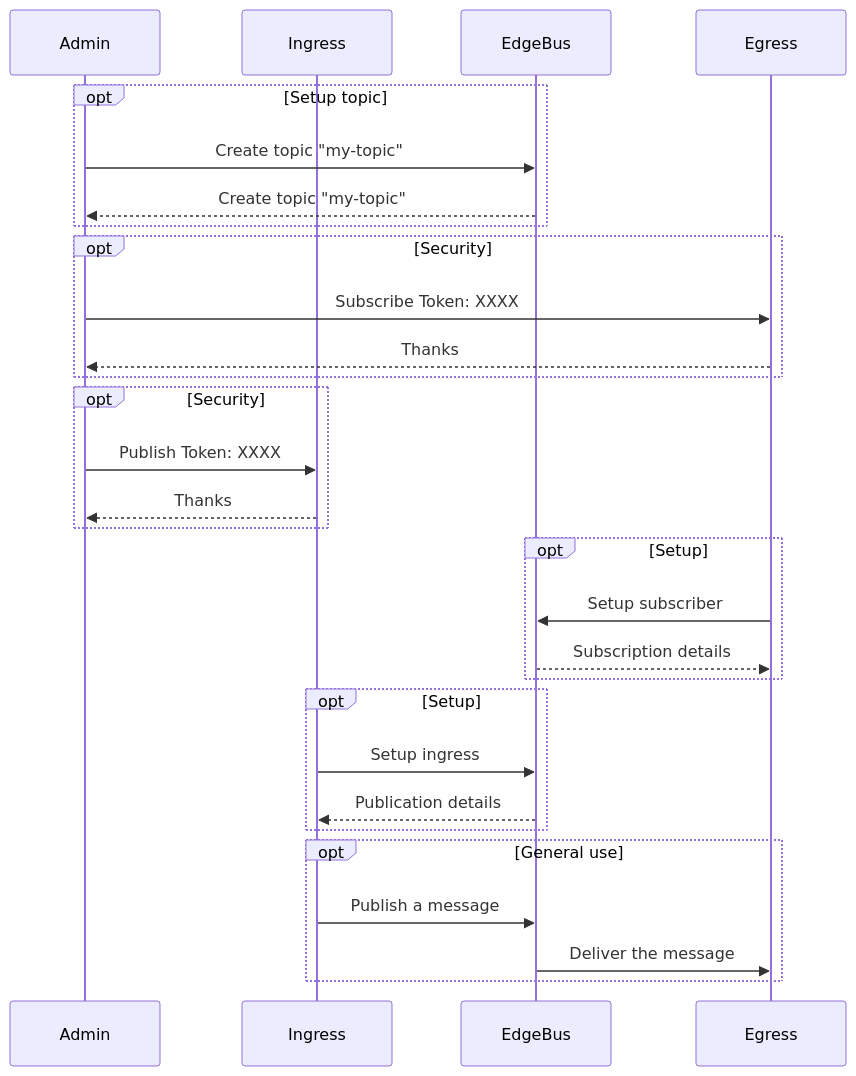
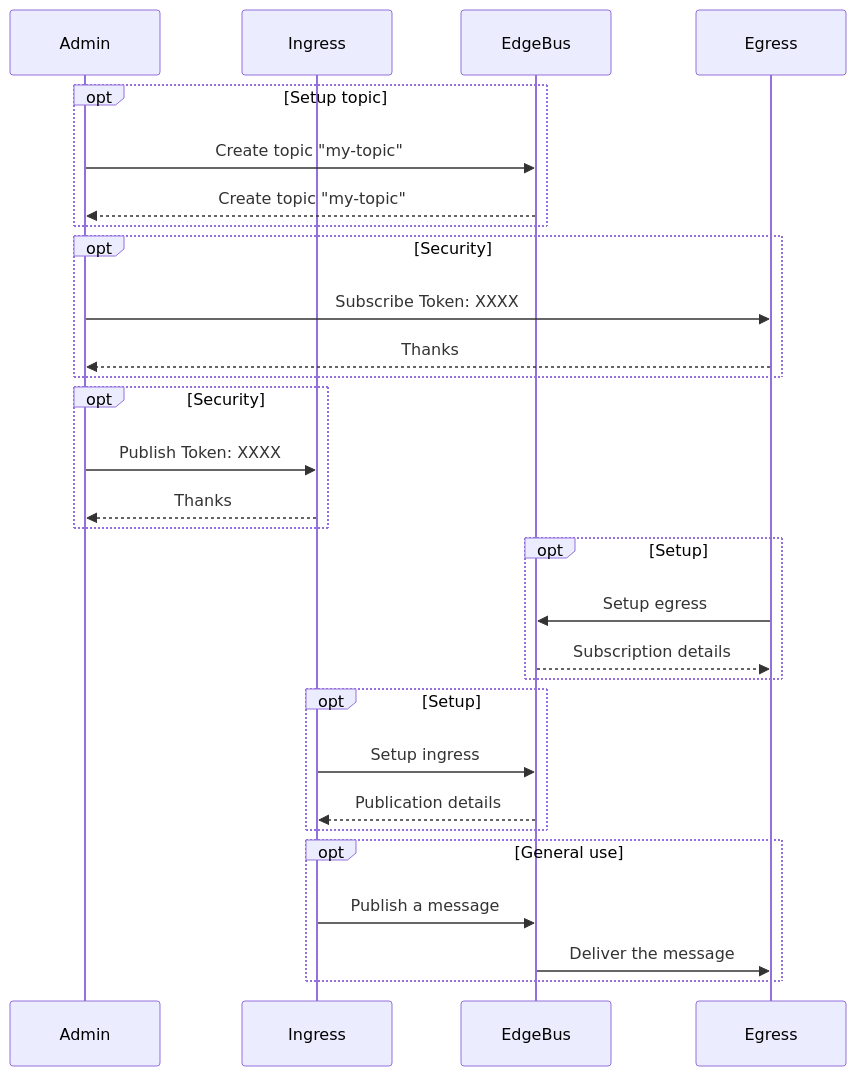
One commit to edgebus/edgebus changed the second of 4 diagrams in README.md. Above: the diagram before and after it, drawn with Mermaid. The commit also changed other lines of this file and 15 other files, not shown here.

````diff
--- a/README.md
+++ b/README.md
@@ -100,31 +100,31 @@
 ```mermaid
 sequenceDiagram
 	participant Admin
 	participant Ingress
 	participant EdgeBus
 	participant Egress
 	opt Setup topic
 		Admin->>EdgeBus: Create topic "my-topic"
 		EdgeBus-->>Admin: Create topic "my-topic"
 	end
 	opt Security
 		Admin->>Egress: Subscribe Token: XXXX
 		Egress-->>Admin: Thanks
 	end
 	opt Security
 		Admin->>Ingress: Publish Token: XXXX
 		Ingress-->>Admin: Thanks
 	end
 	opt Setup
-	Egress->>EdgeBus: Setup subscriber
+	Egress->>EdgeBus: Setup egress
 	EdgeBus-->>Egress: Subscription details
 	end
 	opt Setup
 	Ingress->>EdgeBus: Setup ingress
 	EdgeBus-->>Ingress: Publication details
 	end
 	opt General use
 		Ingress->>EdgeBus: Publish a message
 		EdgeBus->>Egress: Deliver the message
 	end
 ```
````
